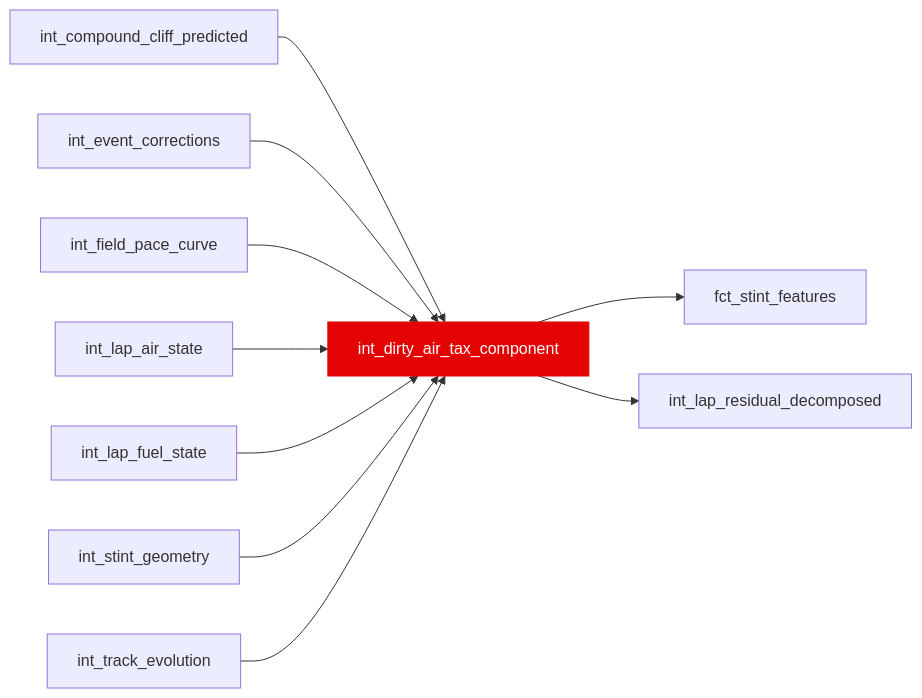
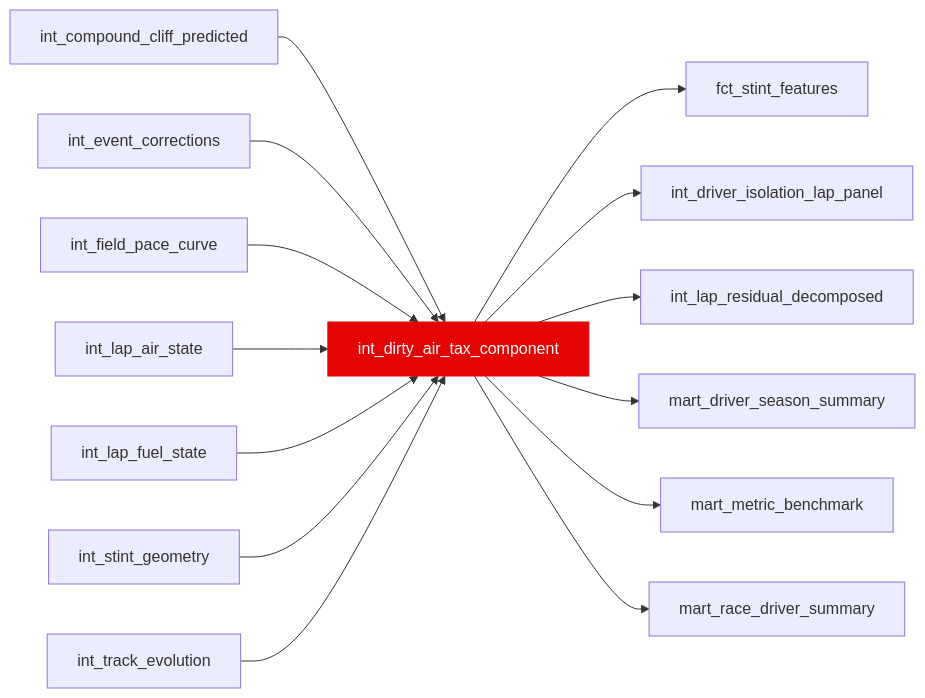
One commit to JustinClarke/off-the-pace changed the diagram in docs/reference/models/int/int_dirty_air_tax_component.mdx. Above: the diagram before and after it, drawn with Mermaid. The commit also changed other lines of this file and 286 other files, not shown here.

````diff
--- a/docs/reference/models/int/int_dirty_air_tax_component.mdx
+++ b/docs/reference/models/int/int_dirty_air_tax_component.mdx
@@ -17,13 +17,17 @@
 ```mermaid
 flowchart LR
   int_compound_cliff_predicted --> int_dirty_air_tax_component
   int_event_corrections --> int_dirty_air_tax_component
   int_field_pace_curve --> int_dirty_air_tax_component
   int_lap_air_state --> int_dirty_air_tax_component
   int_lap_fuel_state --> int_dirty_air_tax_component
   int_stint_geometry --> int_dirty_air_tax_component
   int_track_evolution --> int_dirty_air_tax_component
   int_dirty_air_tax_component --> fct_stint_features
+  int_dirty_air_tax_component --> int_driver_isolation_lap_panel
   int_dirty_air_tax_component --> int_lap_residual_decomposed
+  int_dirty_air_tax_component --> mart_driver_season_summary
+  int_dirty_air_tax_component --> mart_metric_benchmark
+  int_dirty_air_tax_component --> mart_race_driver_summary
   style int_dirty_air_tax_component fill:#e40404,stroke:#e40404,color:#fff
 ```
````
